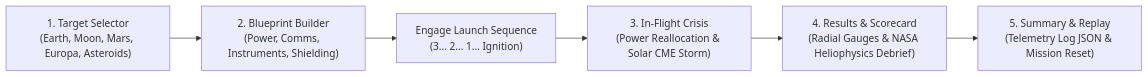
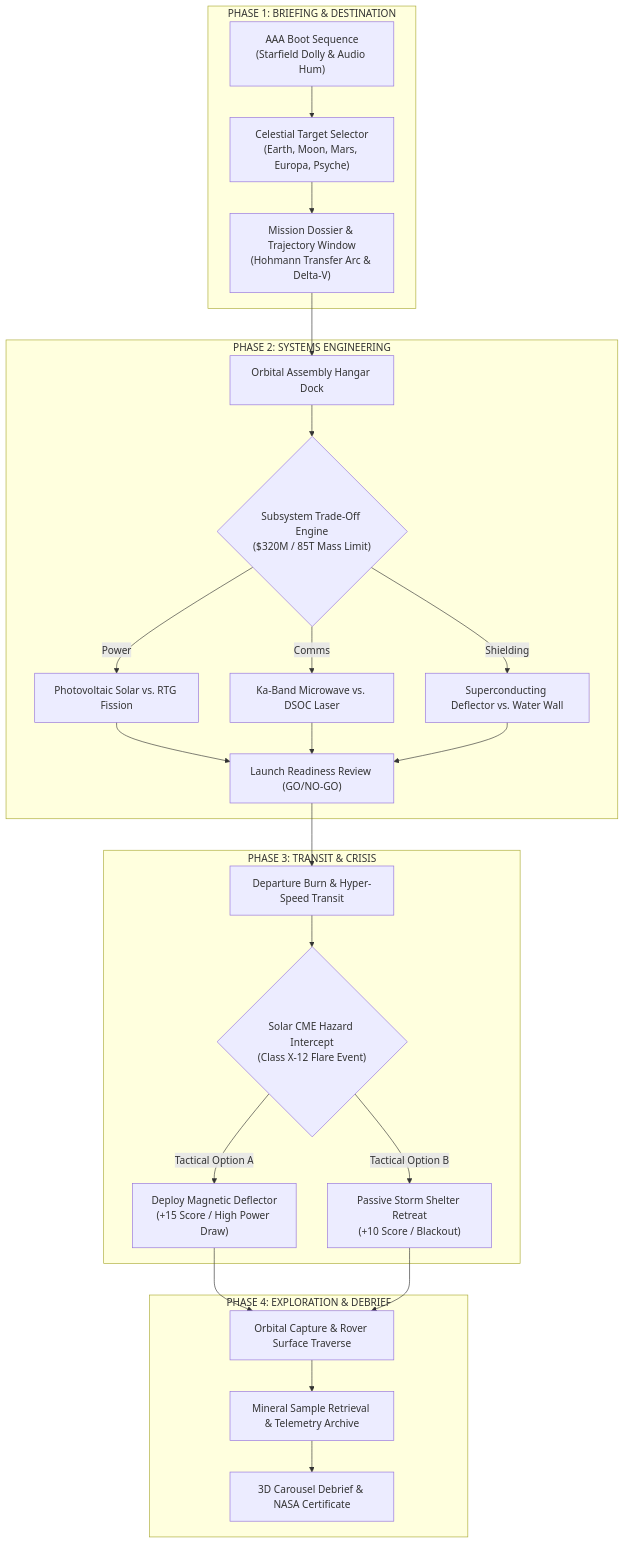
Before and after one commit to ripa2202053/mission-forge-project-aurora: the first of 4 diagrams in README.md, drawn with Mermaid. The commit also changed other lines of this file, not shown here.

Commit message:
Elevate README.md with comprehensive professional NASA Space Apps documentation, architecture diagrams, and scientific trade-off tables

````diff
--- a/README.md
+++ b/README.md
@@ -15,8 +43,29 @@
 ```mermaid
-flowchart LR
-    P1["1. Target Selector<br/>(Earth, Moon, Mars, Europa, Asteroids)"] --> P2["2. Blueprint Builder<br/>(Power, Comms, Instruments, Shielding)"]
-    P2 --> Launch["Engage Launch Sequence<br/>(3... 2... 1... Ignition)"]
-    Launch --> P3["3. In-Flight Crisis<br/>(Power Reallocation & Solar CME Storm)"]
-    P3 --> P4["4. Results & Scorecard<br/>(Radial Gauges & NASA Heliophysics Debrief)"]
-    P4 --> P5["5. Summary & Replay<br/>(Telemetry Log JSON & Mission Reset)"]
+flowchart TD
+    subgraph S1["PHASE 1: BRIEFING & DESTINATION"]
+        A["AAA Boot Sequence<br/>(Starfield Dolly & Audio Hum)"] --> B["Celestial Target Selector<br/>(Earth, Moon, Mars, Europa, Psyche)"]
+        B --> C["Mission Dossier & Trajectory Window<br/>(Hohmann Transfer Arc & Delta-V)"]
+    end
+
+    subgraph S2["PHASE 2: SYSTEMS ENGINEERING"]
+        C --> D["Orbital Assembly Hangar Dock"]
+        D --> E{"Subsystem Trade-Off Engine<br/>($320M / 85T Mass Limit)"}
+        E -->|Power| E1["Photovoltaic Solar vs. RTG Fission"]
+        E -->|Comms| E2["Ka-Band Microwave vs. DSOC Laser"]
+        E -->|Shielding| E3["Superconducting Deflector vs. Water Wall"]
+        E1 & E2 & E3 --> F["Launch Readiness Review (GO/NO-GO)"]
+    end
+
+    subgraph S3["PHASE 3: TRANSIT & CRISIS"]
+        F --> G["Departure Burn & Hyper-Speed Transit"]
+        G --> H{"Solar CME Hazard Intercept<br/>(Class X-12 Flare Event)"}
+        H -->|Tactical Option A| H1["Deploy Magnetic Deflector<br/>(+15 Score / High Power Draw)"]
+        H -->|Tactical Option B| H2["Passive Storm Shelter Retreat<br/>(+10 Score / Blackout)"]
+    end
+
+    subgraph S4["PHASE 4: EXPLORATION & DEBRIEF"]
+        H1 & H2 --> I["Orbital Capture & Rover Surface Traverse"]
+        I --> J["Mineral Sample Retrieval & Telemetry Archive"]
+        J --> K["3D Carousel Debrief & NASA Certificate"]
+    end
 ```
````
